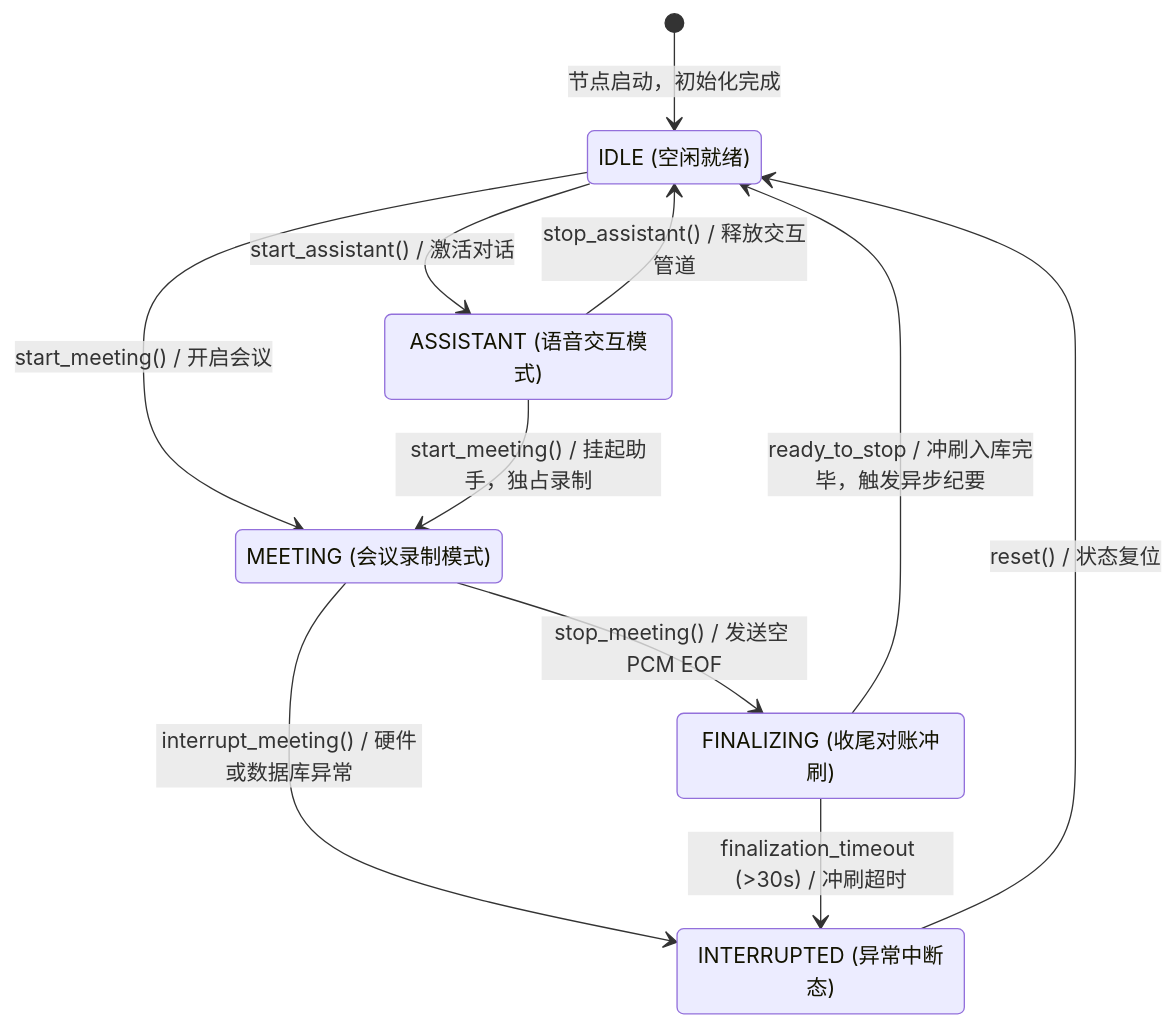
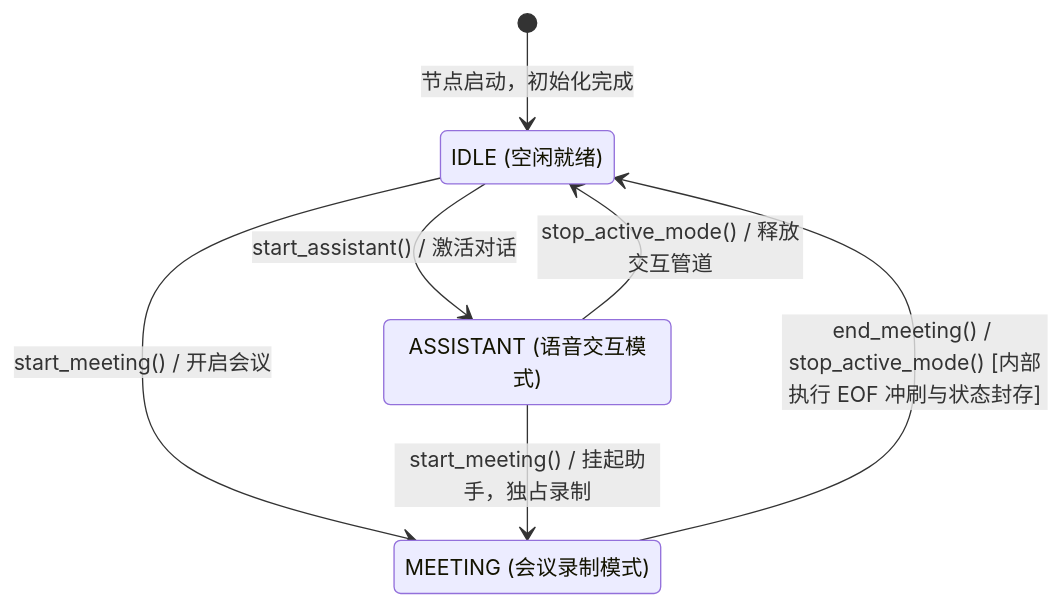
Before and after one commit to hrygo/voice-realtime: the third of 13 diagrams in docs/系统总体架构与详细设计方案.md, drawn with Mermaid. The commit also changed other lines of this file and 8 other files, not shown here.

Commit message:
docs(architecture): 审查校对系统总体架构方案并完善会议面板交互体验

````diff
--- a/docs/系统总体架构与详细设计方案.md
+++ b/docs/系统总体架构与详细设计方案.md
@@ -226,23 +229,16 @@
 ```mermaid
 stateDiagram-v2
     [*] --> IDLE : 节点启动，初始化完成
 
     state "IDLE (空闲就绪)" as IDLE
     state "ASSISTANT (语音交互模式)" as ASSISTANT
     state "MEETING (会议录制模式)" as MEETING
-    state "FINALIZING (收尾对账冲刷)" as FINALIZING
-    state "INTERRUPTED (异常中断态)" as INTERRUPTED
 
     IDLE --> ASSISTANT : start_assistant() / 激活对话
-    ASSISTANT --> IDLE : stop_assistant() / 释放交互管道
+    ASSISTANT --> IDLE : stop_active_mode() / 释放交互管道
 
     IDLE --> MEETING : start_meeting() / 开启会议
     ASSISTANT --> MEETING : start_meeting() / 挂起助手，独占录制
     
-    MEETING --> FINALIZING : stop_meeting() / 发送空 PCM EOF
-    FINALIZING --> IDLE : ready_to_stop / 冲刷入库完毕，触发异步纪要
-
-    MEETING --> INTERRUPTED : interrupt_meeting() / 硬件或数据库异常
-    FINALIZING --> INTERRUPTED : finalization_timeout (>30s) / 冲刷超时
-    INTERRUPTED --> IDLE : reset() / 状态复位
+    MEETING --> IDLE : end_meeting() / stop_active_mode() [内部执行 EOF 冲刷与状态封存]
 ```
````
